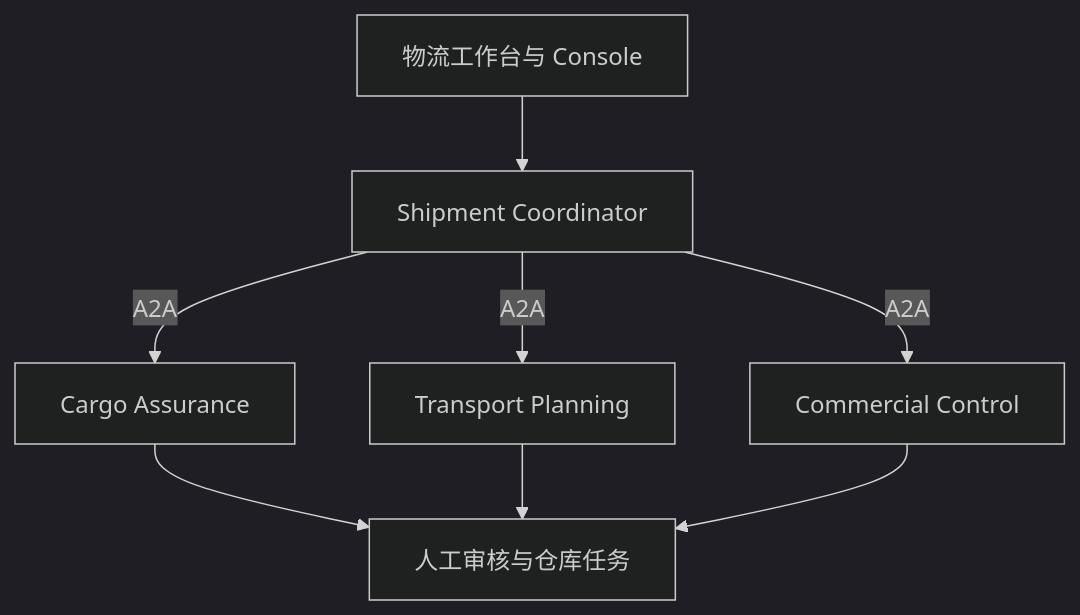
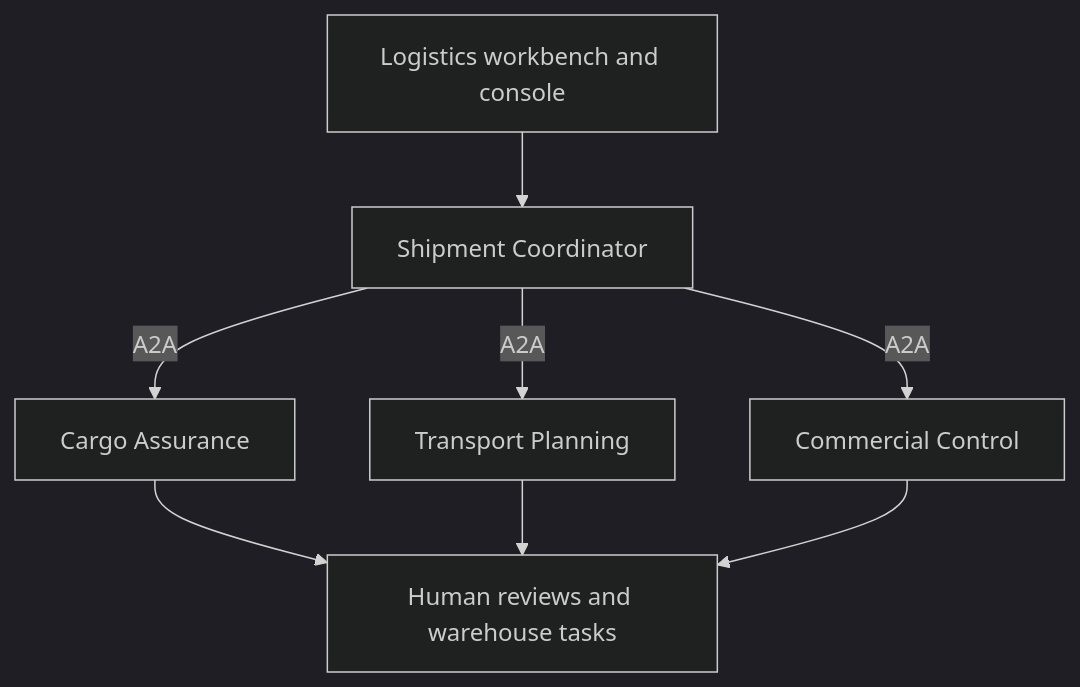
One commit to ClydeShen/durable-jev changed the diagram in .harness/prd.md. Above: the diagram before and after it, drawn with Mermaid (dark theme). The commit also changed other lines of this file and 1 other file, not shown here.

````diff
--- a/.harness/prd.md
+++ b/.harness/prd.md
@@ -76,10 +93,10 @@
 ```mermaid
 flowchart TD
-  U["物流工作台与 Console"] --> C["Shipment Coordinator"]
+  U["Logistics workbench and console"] --> C["Shipment Coordinator"]
   C -->|"A2A"| G["Cargo Assurance"]
   C -->|"A2A"| T["Transport Planning"]
   C -->|"A2A"| M["Commercial Control"]
-  G --> H["人工审核与仓库任务"]
+  G --> H["Human reviews and warehouse tasks"]
   T --> H
   M --> H
 ```
````
